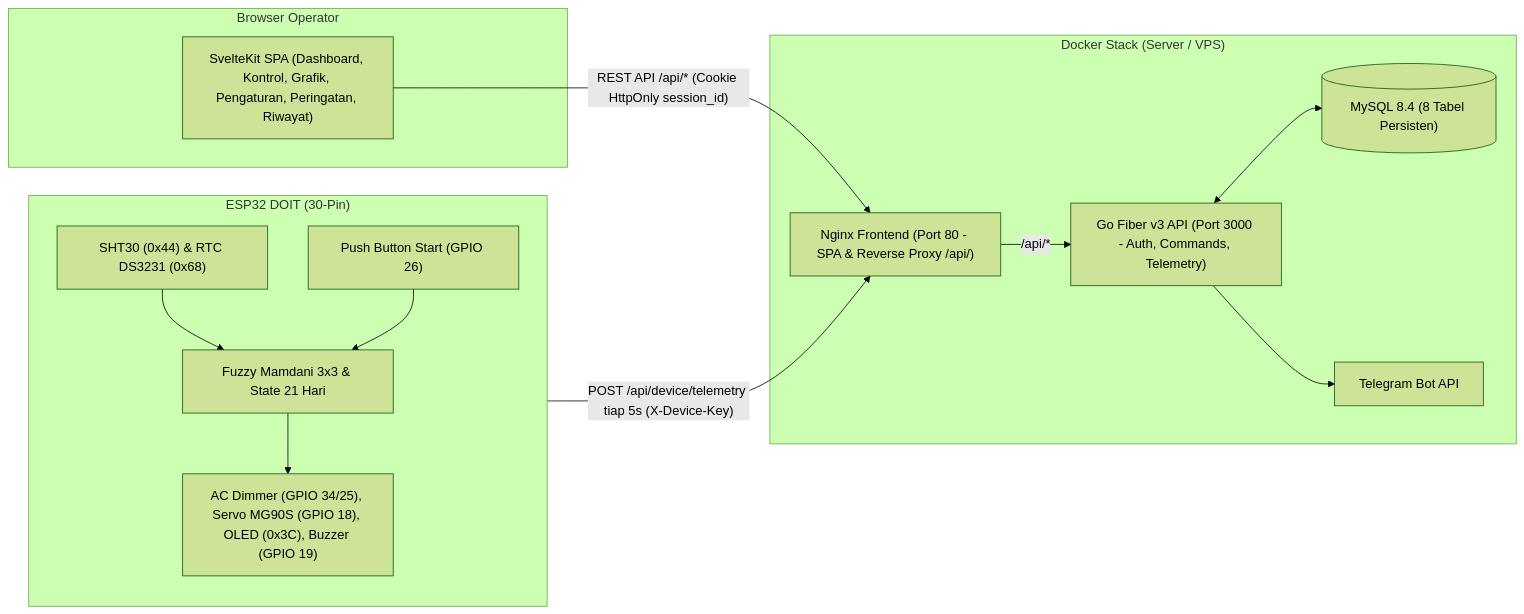
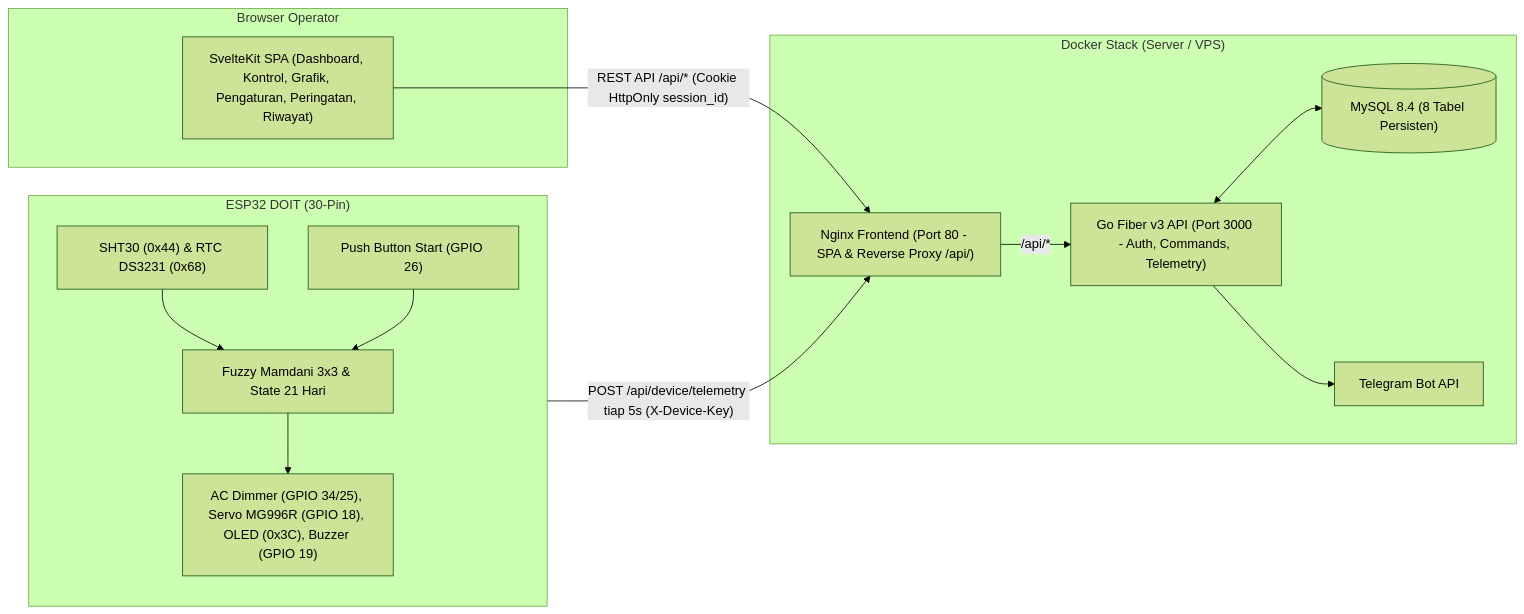
One commit to ferandlim00/ITEBAINKUBATORTELUR2026 changed the diagram in README.md. Above: the diagram before and after it, drawn with Mermaid (forest theme). The commit also changed other lines of this file and 3 other files, not shown here.

````diff
--- a/README.md
+++ b/README.md
@@ -50,29 +50,29 @@
 ```mermaid
 flowchart LR
     subgraph ESP["ESP32 DOIT (30-Pin)"]
         SEN["SHT30 (0x44) & RTC DS3231 (0x68)"]
         BTN["Push Button Start (GPIO 26)"]
         FUZ["Fuzzy Mamdani 3x3 & State 21 Hari"]
-        ACT["AC Dimmer (GPIO 34/25), Servo MG90S (GPIO 18), OLED (0x3C), Buzzer (GPIO 19)"]
+        ACT["AC Dimmer (GPIO 34/25), Servo MG996R (GPIO 18), OLED (0x3C), Buzzer (GPIO 19)"]
         SEN --> FUZ
         BTN --> FUZ
         FUZ --> ACT
     end
 
     subgraph DOCKER["Docker Stack (Server / VPS)"]
         NGINX["Nginx Frontend (Port 80 - SPA & Reverse Proxy /api/)"]
         FIBER["Go Fiber v3 API (Port 3000 - Auth, Commands, Telemetry)"]
         MYSQL[("MySQL 8.4 (8 Tabel Persisten)")]
         TG["Telegram Bot API"]
         NGINX -- "/api/*" --> FIBER
         FIBER <--> MYSQL
         FIBER --> TG
     end
 
     subgraph CLIENT["Browser Operator"]
         UI["SvelteKit SPA (Dashboard, Kontrol, Grafik, Pengaturan, Peringatan, Riwayat)"]
     end
 
     ESP -- "POST /api/device/telemetry tiap 5s (X-Device-Key)" --> NGINX
     UI -- "REST API /api/* (Cookie HttpOnly session_id)" --> NGINX
 ```
````
